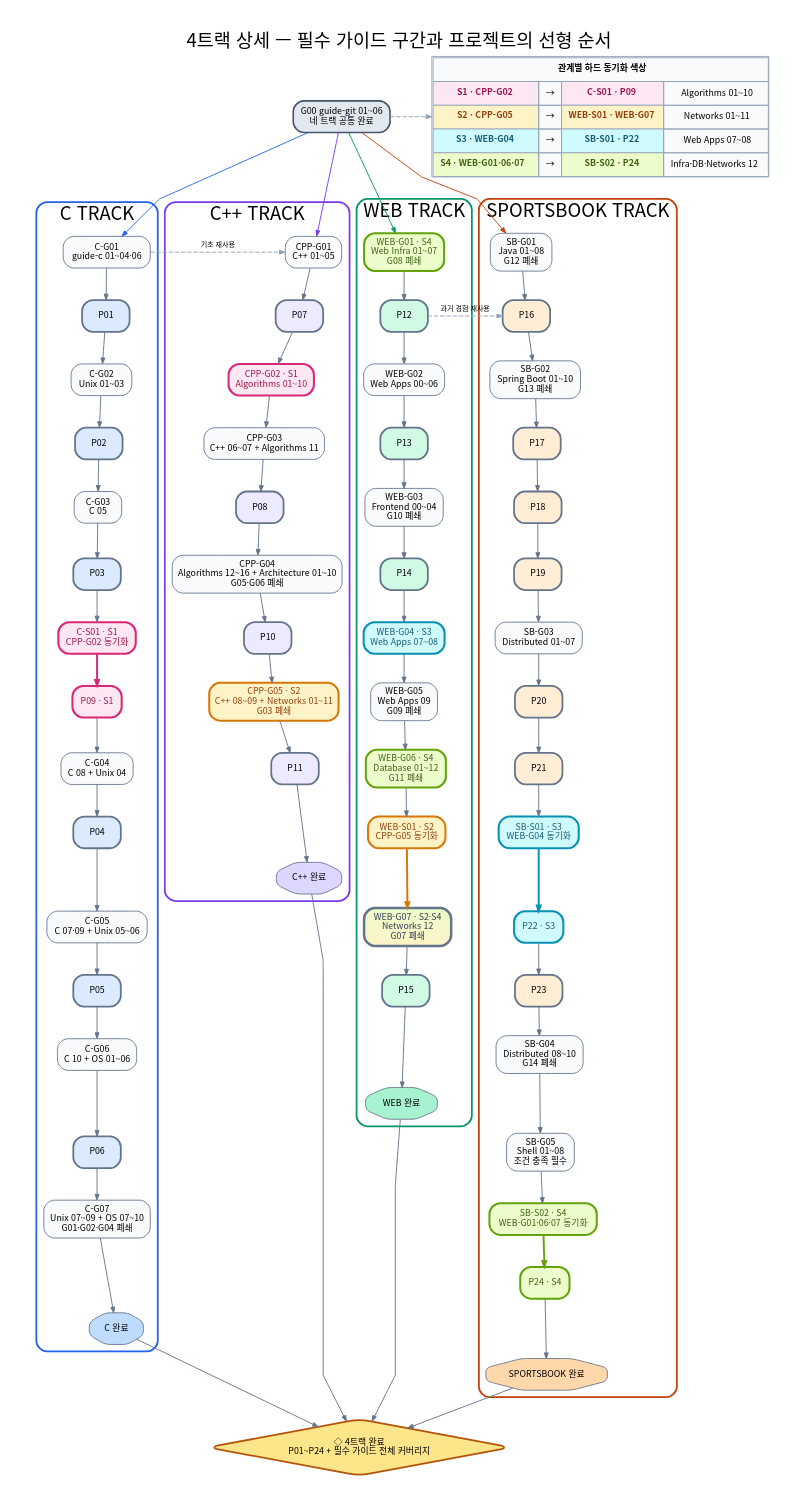
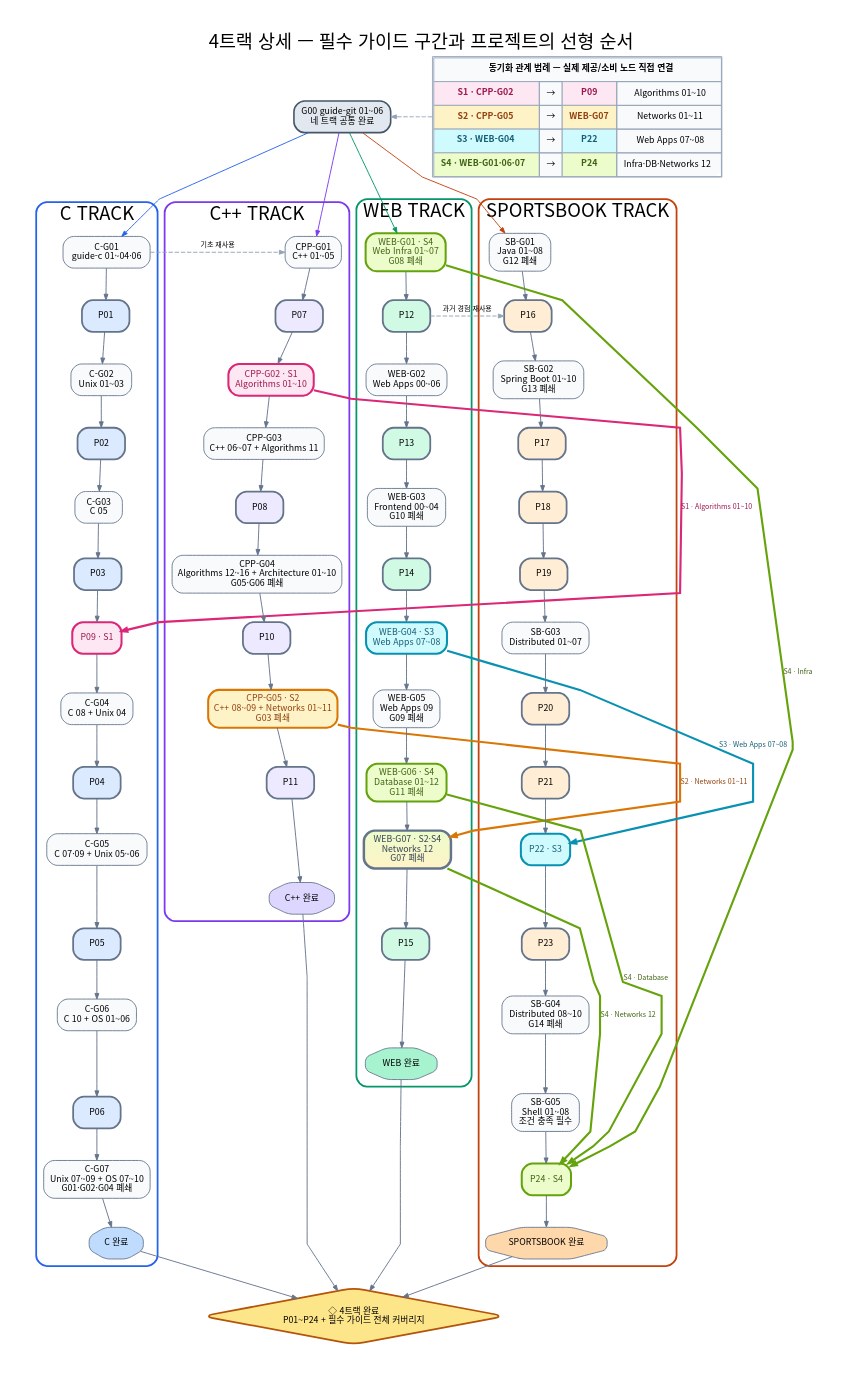
The diagram in assets/path/parallel-guide-packets.dot (woopinbell/engineering-path-review), drawn with Graphviz before and after one commit. The commit also changed 14 other files, not shown here.

```diff
--- a/assets/path/parallel-guide-packets.dot
+++ b/assets/path/parallel-guide-packets.dot
@@ -1,121 +1,115 @@
 digraph ParallelTrackDetail {
   graph [rankdir=TB, newrank=true, bgcolor="white", pad="0.35", nodesep="0.34", ranksep="0.45",
     fontname="Noto Sans CJK KR", fontsize=21,
     label="4트랙 상세 — 필수 가이드 구간과 프로젝트의 선형 순서", labelloc=t, splines=polyline];
   node [shape=box, style="rounded,filled", fontname="Noto Sans CJK KR", fontsize=10,
     margin="0.12,0.07", color="#64748b", fillcolor="#f8fafc"];
   edge [fontname="Noto Sans CJK KR", fontsize=8, color="#64748b", arrowsize=0.64, penwidth=1.05];
 
   G00 [label="G00 guide-git 01~06\n네 트랙 공통 완료", fillcolor="#e2e8f0", color="#475569", penwidth=1.8];
 
   subgraph cluster_c {
     label="C TRACK"; color="#2563eb"; penwidth=2; style="rounded";
     C1 [label="C-G01\nguide-c 01~04·06"];
     C2 [label="P01", fillcolor="#dbeafe", penwidth=2];
     C3 [label="C-G02\nUnix 01~03"];
     C4 [label="P02", fillcolor="#dbeafe", penwidth=2];
     C5 [label="C-G03\nC 05"];
     C6 [label="P03", fillcolor="#dbeafe", penwidth=2];
-    C7 [label="C-S01 · S1\nCPP-G02 동기화", fillcolor="#fce7f3", color="#db2777", fontcolor="#9d174d", penwidth=2.3];
     C8 [label="P09 · S1", fillcolor="#fce7f3", color="#db2777", fontcolor="#9d174d", penwidth=2.3];
     C9 [label="C-G04\nC 08 + Unix 04"];
     C10 [label="P04", fillcolor="#dbeafe", penwidth=2];
     C11 [label="C-G05\nC 07·09 + Unix 05~06"];
     C12 [label="P05", fillcolor="#dbeafe", penwidth=2];
     C13 [label="C-G06\nC 10 + OS 01~06"];
     C14 [label="P06", fillcolor="#dbeafe", penwidth=2];
     C15 [label="C-G07\nUnix 07~09 + OS 07~10\nG01·G02·G04 폐쇄"];
     C16 [label="C 완료", shape=octagon, fillcolor="#bfdbfe"];
-    C1 -> C2 -> C3 -> C4 -> C5 -> C6 -> C7;
-    C7 -> C8 [color="#db2777", penwidth=2.2];
-    C8 -> C9 -> C10 -> C11 -> C12 -> C13 -> C14 -> C15 -> C16;
+    C1 -> C2 -> C3 -> C4 -> C5 -> C6 -> C8 -> C9 -> C10 -> C11 -> C12 -> C13 -> C14 -> C15 -> C16;
   }
 
   subgraph cluster_cpp {
     label="C++ TRACK"; color="#7c3aed"; penwidth=2; style="rounded";
     X1 [label="CPP-G01\nC++ 01~05"];
     X2 [label="P07", fillcolor="#ede9fe", penwidth=2];
     X3 [label="CPP-G02 · S1\nAlgorithms 01~10", fillcolor="#fce7f3", color="#db2777", fontcolor="#9d174d", penwidth=2.3];
     X4 [label="CPP-G03\nC++ 06~07 + Algorithms 11"];
     X5 [label="P08", fillcolor="#ede9fe", penwidth=2];
     X6 [label="CPP-G04\nAlgorithms 12~16 + Architecture 01~10\nG05·G06 폐쇄"];
     X7 [label="P10", fillcolor="#ede9fe", penwidth=2];
     X8 [label="CPP-G05 · S2\nC++ 08~09 + Networks 01~11\nG03 폐쇄", fillcolor="#fef3c7", color="#d97706", fontcolor="#92400e", penwidth=2.3];
     X9 [label="P11", fillcolor="#ede9fe", penwidth=2];
     X10 [label="C++ 완료", shape=octagon, fillcolor="#ddd6fe"];
     X1 -> X2 -> X3 -> X4 -> X5 -> X6 -> X7 -> X8 -> X9 -> X10;
   }
 
   subgraph cluster_web {
     label="WEB TRACK"; color="#059669"; penwidth=2; style="rounded";
     W1 [label="WEB-G01 · S4\nWeb Infra 01~07\nG08 폐쇄", fillcolor="#ecfccb", color="#65a30d", fontcolor="#3f6212", penwidth=2.3];
     W2 [label="P12", fillcolor="#d1fae5", penwidth=2];
     W3 [label="WEB-G02\nWeb Apps 00~06"];
     W4 [label="P13", fillcolor="#d1fae5", penwidth=2];
     W5 [label="WEB-G03\nFrontend 00~04\nG10 폐쇄"];
     W6 [label="P14", fillcolor="#d1fae5", penwidth=2];
     W7 [label="WEB-G04 · S3\nWeb Apps 07~08", fillcolor="#cffafe", color="#0891b2", fontcolor="#155e75", penwidth=2.3];
     W8 [label="WEB-G05\nWeb Apps 09\nG09 폐쇄"];
     W9 [label="WEB-G06 · S4\nDatabase 01~12\nG11 폐쇄", fillcolor="#ecfccb", color="#65a30d", fontcolor="#3f6212", penwidth=2.3];
-    W10 [label="WEB-S01 · S2\nCPP-G05 동기화", fillcolor="#fef3c7", color="#d97706", fontcolor="#92400e", penwidth=2.3];
     W11 [label="WEB-G07 · S2·S4\nNetworks 12\nG07 폐쇄", fillcolor="#fef3c7:#ecfccb", gradientangle=90, color="#64748b", fontcolor="#334155", penwidth=2.8];
     W12 [label="P15", fillcolor="#d1fae5", penwidth=2];
     W13 [label="WEB 완료", shape=octagon, fillcolor="#a7f3d0"];
-    W1 -> W2 -> W3 -> W4 -> W5 -> W6 -> W7 -> W8 -> W9 -> W10;
-    W10 -> W11 [color="#d97706", penwidth=2.2];
-    W11 -> W12 -> W13;
+    W1 -> W2 -> W3 -> W4 -> W5 -> W6 -> W7 -> W8 -> W9 -> W11 -> W12 -> W13;
   }
 
   subgraph cluster_sb {
     label="SPORTSBOOK TRACK"; color="#c2410c"; penwidth=2; style="rounded";
     S1 [label="SB-G01\nJava 01~08\nG12 폐쇄"];
     S2 [label="P16", fillcolor="#ffedd5", penwidth=2];
     S3 [label="SB-G02\nSpring Boot 01~10\nG13 폐쇄"];
     S4 [label="P17", fillcolor="#ffedd5", penwidth=2];
     S5 [label="P18", fillcolor="#ffedd5", penwidth=2];
     S6 [label="P19", fillcolor="#ffedd5", penwidth=2];
     S7 [label="SB-G03\nDistributed 01~07"];
     S8 [label="P20", fillcolor="#ffedd5", penwidth=2];
     S9 [label="P21", fillcolor="#ffedd5", penwidth=2];
-    S10 [label="SB-S01 · S3\nWEB-G04 동기화", fillcolor="#cffafe", color="#0891b2", fontcolor="#155e75", penwidth=2.3];
     S11 [label="P22 · S3", fillcolor="#cffafe", color="#0891b2", fontcolor="#155e75", penwidth=2.3];
     S12 [label="P23", fillcolor="#ffedd5", penwidth=2];
     S13 [label="SB-G04\nDistributed 08~10\nG14 폐쇄"];
     S14 [label="SB-G05\nShell 01~08\n조건 충족 필수"];
-    S15 [label="SB-S02 · S4\nWEB-G01·06·07 동기화", fillcolor="#ecfccb", color="#65a30d", fontcolor="#3f6212", penwidth=2.3];
     S16 [label="P24 · S4", fillcolor="#ecfccb", color="#65a30d", fontcolor="#3f6212", penwidth=2.3];
     S17 [label="SPORTSBOOK 완료", shape=octagon, fillcolor="#fed7aa"];
-    S1 -> S2 -> S3 -> S4 -> S5 -> S6 -> S7 -> S8 -> S9 -> S10;
-    S10 -> S11 [color="#0891b2", penwidth=2.2];
-    S11 -> S12 -> S13 -> S14 -> S15;
-    S15 -> S16 [color="#65a30d", penwidth=2.2];
-    S16 -> S17;
+    S1 -> S2 -> S3 -> S4 -> S5 -> S6 -> S7 -> S8 -> S9 -> S11 -> S12 -> S13 -> S14 -> S16 -> S17;
   }
 
   G00 -> C1 [color="#2563eb"];
   G00 -> X1 [color="#7c3aed"];
   G00 -> W1 [color="#059669"];
   G00 -> S1 [color="#c2410c"];
 
   C1 -> X1 [style=dashed, label="기초 재사용", color="#94a3b8", constraint=false];
   W2 -> S2 [style=dashed, label="과거 경험 재사용", color="#94a3b8", constraint=false];
 
+  X3 -> C8 [label="S1 · Algorithms 01~10", color="#db2777", fontcolor="#9d174d", penwidth=2.4, constraint=false];
+  X8 -> W11 [label="S2 · Networks 01~11", color="#d97706", fontcolor="#92400e", penwidth=2.4, constraint=false];
+  W7 -> S11 [label="S3 · Web Apps 07~08", color="#0891b2", fontcolor="#155e75", penwidth=2.4, constraint=false];
+  W1 -> S16 [label="S4 · Infra", color="#65a30d", fontcolor="#3f6212", penwidth=2.4, constraint=false];
+  W9 -> S16 [label="S4 · Database", color="#65a30d", fontcolor="#3f6212", penwidth=2.4, constraint=false];
+  W11 -> S16 [label="S4 · Networks 12", color="#65a30d", fontcolor="#3f6212", penwidth=2.4, constraint=false];
+
   SYNC [shape=plain, label=<
     <TABLE BORDER="1" CELLBORDER="1" CELLSPACING="0" CELLPADDING="7" COLOR="#94a3b8">
-      <TR><TD BGCOLOR="#f8fafc" COLSPAN="4"><B>관계별 하드 동기화 색상</B></TD></TR>
-      <TR><TD BGCOLOR="#fce7f3"><FONT COLOR="#9d174d"><B>S1 · CPP-G02</B></FONT></TD><TD>→</TD><TD BGCOLOR="#fce7f3"><FONT COLOR="#9d174d"><B>C-S01 · P09</B></FONT></TD><TD>Algorithms 01~10</TD></TR>
-      <TR><TD BGCOLOR="#fef3c7"><FONT COLOR="#92400e"><B>S2 · CPP-G05</B></FONT></TD><TD>→</TD><TD BGCOLOR="#fef3c7"><FONT COLOR="#92400e"><B>WEB-S01 · WEB-G07</B></FONT></TD><TD>Networks 01~11</TD></TR>
-      <TR><TD BGCOLOR="#cffafe"><FONT COLOR="#155e75"><B>S3 · WEB-G04</B></FONT></TD><TD>→</TD><TD BGCOLOR="#cffafe"><FONT COLOR="#155e75"><B>SB-S01 · P22</B></FONT></TD><TD>Web Apps 07~08</TD></TR>
-      <TR><TD BGCOLOR="#ecfccb"><FONT COLOR="#3f6212"><B>S4 · WEB-G01·06·07</B></FONT></TD><TD>→</TD><TD BGCOLOR="#ecfccb"><FONT COLOR="#3f6212"><B>SB-S02 · P24</B></FONT></TD><TD>Infra·DB·Networks 12</TD></TR>
+      <TR><TD BGCOLOR="#f8fafc" COLSPAN="4"><B>동기화 관계 범례 — 실제 제공/소비 노드 직접 연결</B></TD></TR>
+      <TR><TD BGCOLOR="#fce7f3"><FONT COLOR="#9d174d"><B>S1 · CPP-G02</B></FONT></TD><TD>→</TD><TD BGCOLOR="#fce7f3"><FONT COLOR="#9d174d"><B>P09</B></FONT></TD><TD>Algorithms 01~10</TD></TR>
+      <TR><TD BGCOLOR="#fef3c7"><FONT COLOR="#92400e"><B>S2 · CPP-G05</B></FONT></TD><TD>→</TD><TD BGCOLOR="#fef3c7"><FONT COLOR="#92400e"><B>WEB-G07</B></FONT></TD><TD>Networks 01~11</TD></TR>
+      <TR><TD BGCOLOR="#cffafe"><FONT COLOR="#155e75"><B>S3 · WEB-G04</B></FONT></TD><TD>→</TD><TD BGCOLOR="#cffafe"><FONT COLOR="#155e75"><B>P22</B></FONT></TD><TD>Web Apps 07~08</TD></TR>
+      <TR><TD BGCOLOR="#ecfccb"><FONT COLOR="#3f6212"><B>S4 · WEB-G01·06·07</B></FONT></TD><TD>→</TD><TD BGCOLOR="#ecfccb"><FONT COLOR="#3f6212"><B>P24</B></FONT></TD><TD>Infra·DB·Networks 12</TD></TR>
     </TABLE>
   >];
-  G00 -> SYNC [style=dashed, color="#94a3b8", constraint=false];
-
+  SYNC -> G00 [style=dashed, color="#94a3b8", constraint=false];
 
   MERGE [label="◇ 4트랙 완료\nP01~P24 + 필수 가이드 전체 커버리지", shape=diamond,
     fillcolor="#fde68a", color="#b45309", penwidth=2];
   C16 -> MERGE;
   X10 -> MERGE;
   W13 -> MERGE;
   S17 -> MERGE;
 }
```
